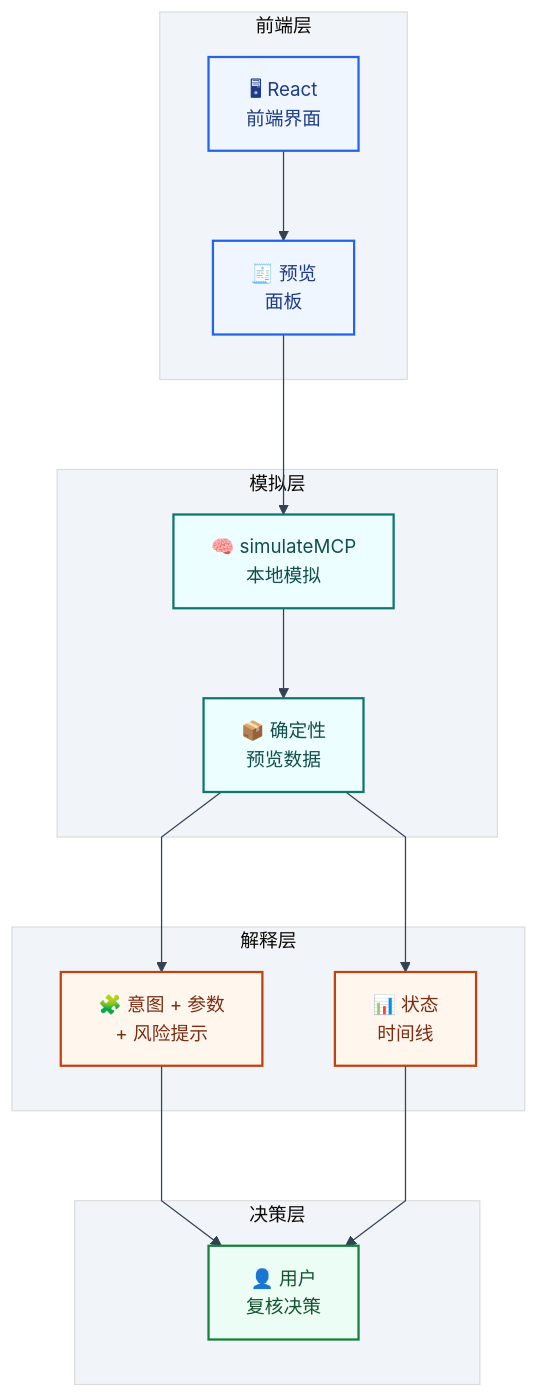
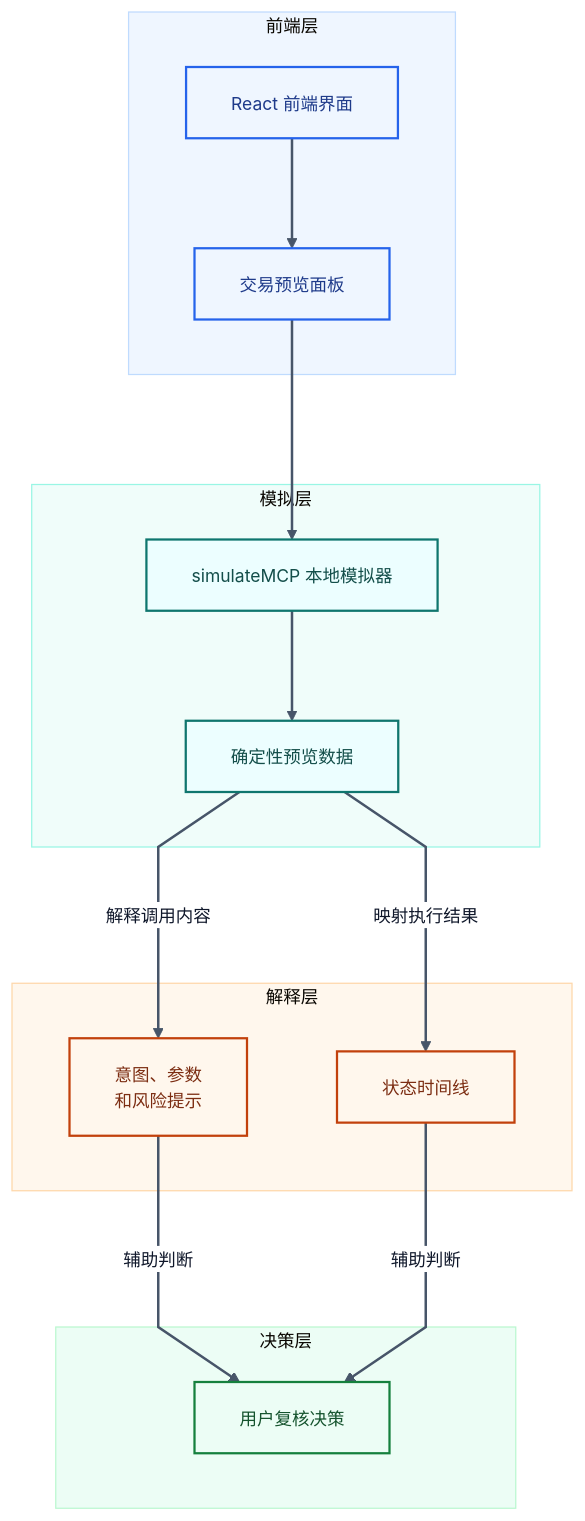
The eighth of 8 diagrams in README.md (sunshineluyao/Moss-Mcp-Transaction), drawn with Mermaid before and after one commit. The commit also changed other lines of this file, not shown here.

Commit message:
docs: refine Mermaid diagrams for full labels

````diff
--- a/README.md
+++ b/README.md
@@ -732,34 +757,39 @@
 ```mermaid
-%%{init: {'theme':'base','flowchart': {'htmlLabels': true, 'nodeSpacing': 58, 'rankSpacing': 72, 'curve': 'linear'},'themeVariables': {'fontFamily':'Trebuchet MS, Segoe UI, sans-serif','fontSize':'15px','primaryColor':'#eef6ff','primaryBorderColor':'#3b82f6','primaryTextColor':'#0f172a','lineColor':'#334155','secondaryColor':'#f8fafc','tertiaryColor':'#f1f5f9','edgeLabelBackground':'#e2e8f0'}}}%%
+%%{init: {'theme':'base','flowchart': {'htmlLabels': true, 'nodeSpacing': 72, 'rankSpacing': 88, 'curve': 'linear', 'padding': 18}, 'themeVariables': {'fontFamily':'Arial, Helvetica, sans-serif','fontSize':'14px','primaryTextColor':'#0f172a','lineColor':'#334155','clusterBkg':'#f8fafc','clusterBorder':'#cbd5e1','edgeLabelBackground':'#ffffff'}}}%%
 flowchart TB
   subgraph L1[前端层]
-    UI["🖥 React<br/>前端界面"] --> Preview["🧾 预览<br/>面板"]
+    UI["React 前端界面"] --> Preview["交易预览面板"]
   end
 
   subgraph L2[模拟层]
-    Engine["🧠 simulateMCP<br/>本地模拟"] --> Data["📦 确定性<br/>预览数据"]
+    Engine["simulateMCP 本地模拟器"] --> Data["确定性预览数据"]
   end
 
   subgraph L3[解释层]
-    Cards["🧩 意图 + 参数<br/>+ 风险提示"]
-    Timeline["📊 状态<br/>时间线"]
+    Cards["意图、参数<br/>和风险提示"]
+    Timeline["状态时间线"]
   end
 
   subgraph L4[决策层]
-    User["👤 用户<br/>复核决策"]
+    User["用户复核决策"]
   end
 
   Preview --> Engine
-  Data --> Cards --> User
-  Data --> Timeline --> User
+  Data -->|解释调用内容| Cards -->|辅助判断| User
+  Data -->|映射执行结果| Timeline -->|辅助判断| User
 
   classDef frontend fill:#eff6ff,stroke:#2563eb,stroke-width:1.8px,color:#1e3a8a;
   classDef sim fill:#ecfeff,stroke:#0f766e,stroke-width:1.8px,color:#134e4a;
   classDef explain fill:#fff7ed,stroke:#c2410c,stroke-width:1.8px,color:#7c2d12;
   classDef decision fill:#ecfdf5,stroke:#15803d,stroke-width:1.8px,color:#14532d;
 
   class UI,Preview frontend;
   class Engine,Data sim;
   class Cards,Timeline explain;
   class User decision;
+  style L1 fill:#eff6ff,stroke:#bfdbfe,stroke-width:1px
+  style L2 fill:#f0fdfa,stroke:#99f6e4,stroke-width:1px
+  style L3 fill:#fff7ed,stroke:#fed7aa,stroke-width:1px
+  style L4 fill:#ecfdf5,stroke:#bbf7d0,stroke-width:1px
+  linkStyle default stroke:#475569,stroke-width:2px;
 ```
````
